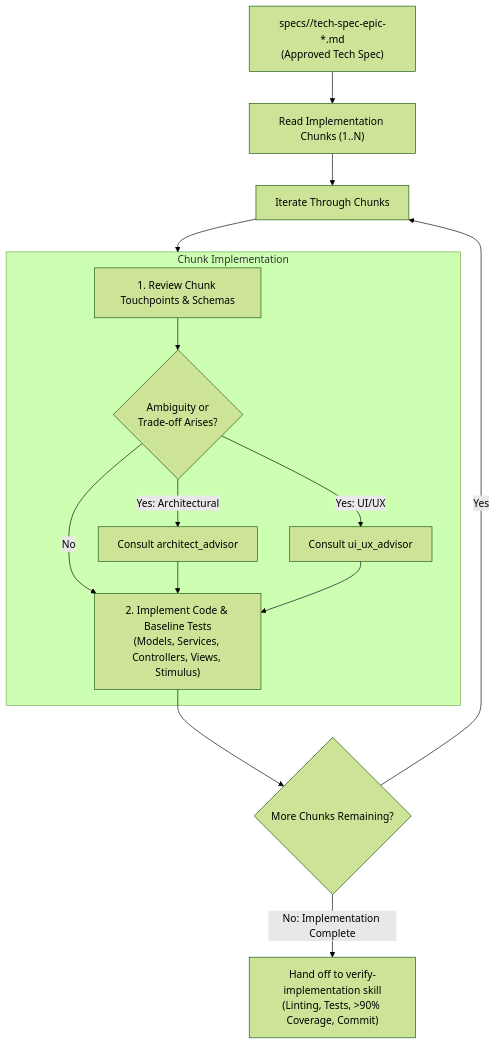
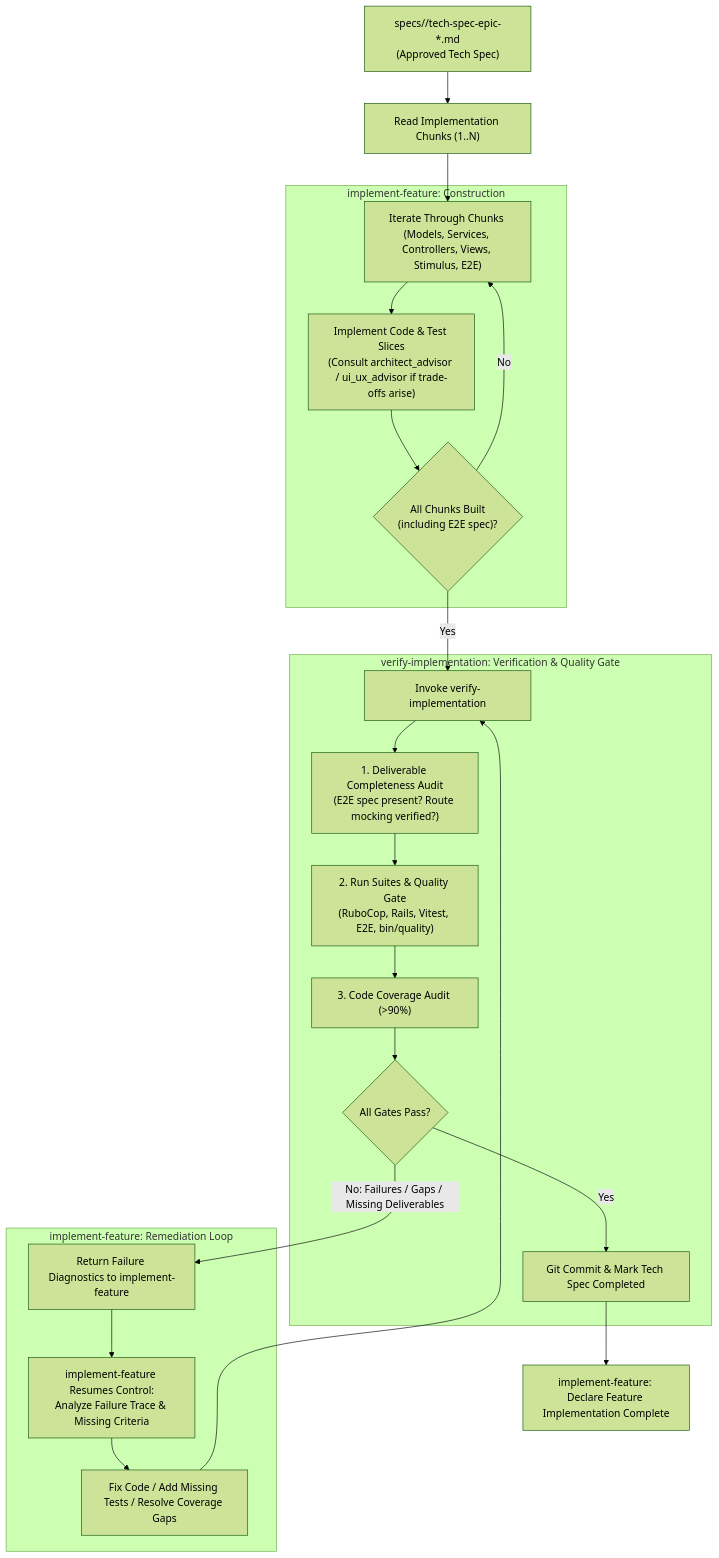
Before and after one commit to sonzra/sonzra: the diagram in .agents/skills/implement-feature/SKILL.md, drawn with Mermaid (forest theme). The commit also changed other lines of this file and 5 other files, not shown here.

````diff
--- a/.agents/skills/implement-feature/SKILL.md
+++ b/.agents/skills/implement-feature/SKILL.md
@@ -19,19 +19,31 @@
 ```mermaid
 flowchart TD
     TechSpec["specs/<issue-number>/tech-spec-epic-*.md\n(Approved Tech Spec)"] --> ReadChunks["Read Implementation Chunks (1..N)"]
-    ReadChunks --> ChunkLoop["Iterate Through Chunks"]
+    ReadChunks --> ChunkLoop["Iterate Through Chunks (Models, Services, Controllers, Views, Stimulus, E2E)"]
     
-    subgraph ChunkExecution["Chunk Implementation"]
-        Prep["1. Review Chunk Touchpoints & Schemas"] --> CheckTradeoff{"Ambiguity or\nTrade-off Arises?"}
-        CheckTradeoff -->|Yes: Architectural| ConsultArch["Consult architect_advisor"]
-        CheckTradeoff -->|Yes: UI/UX| ConsultUI["Consult ui_ux_advisor"]
-        CheckTradeoff -->|No| BuildCode["2. Implement Code & Baseline Tests\n(Models, Services, Controllers, Views, Stimulus)"]
-        ConsultArch --> BuildCode
-        ConsultUI --> BuildCode
+    subgraph ImplementationPhase["implement-feature: Construction"]
+        ChunkLoop --> BuildCode["Implement Code & Test Slices\n(Consult architect_advisor / ui_ux_advisor if trade-offs arise)"]
+        BuildCode --> ChunksDone{"All Chunks Built\n(including E2E spec)?"}
+        ChunksDone -->|No| ChunkLoop
     end
     
-    ChunkLoop --> ChunkExecution
-    BuildCode --> NextChunk{"More Chunks Remaining?"}
-    NextChunk -->|Yes| ChunkLoop
-    NextChunk -->|No: Implementation Complete| Handoff["Hand off to verify-implementation skill\n(Linting, Tests, >90% Coverage, Commit)"]
+    ChunksDone -->|Yes| CallVerify["Invoke verify-implementation"]
+    
+    subgraph VerificationGate["verify-implementation: Verification & Quality Gate"]
+        CallVerify --> AuditDeliverables["1. Deliverable Completeness Audit\n(E2E spec present? Route mocking verified?)"]
+        AuditDeliverables --> RunSuites["2. Run Suites & Quality Gate\n(RuboCop, Rails, Vitest, E2E, bin/quality)"]
+        RunSuites --> AuditCoverage["3. Code Coverage Audit (>90%)"]
+        AuditCoverage --> GateDecision{"All Gates Pass?"}
+        GateDecision -->|Yes| CommitWork["Git Commit & Mark Tech Spec Completed"]
+    end
+    
+    GateDecision -->|No: Failures / Gaps / Missing Deliverables| ReturnFailure["Return Failure Diagnostics to implement-feature"]
+    
+    subgraph RemediationLoop["implement-feature: Remediation Loop"]
+        ReturnFailure --> AnalyzeDiagnostics["implement-feature Resumes Control:\nAnalyze Failure Trace & Missing Criteria"]
+        AnalyzeDiagnostics --> FixDefects["Fix Code / Add Missing Tests / Resolve Coverage Gaps"]
+        FixDefects --> CallVerify
+    end
+    
+    CommitWork --> Complete["implement-feature: Declare Feature Implementation Complete"]
 ```
````
